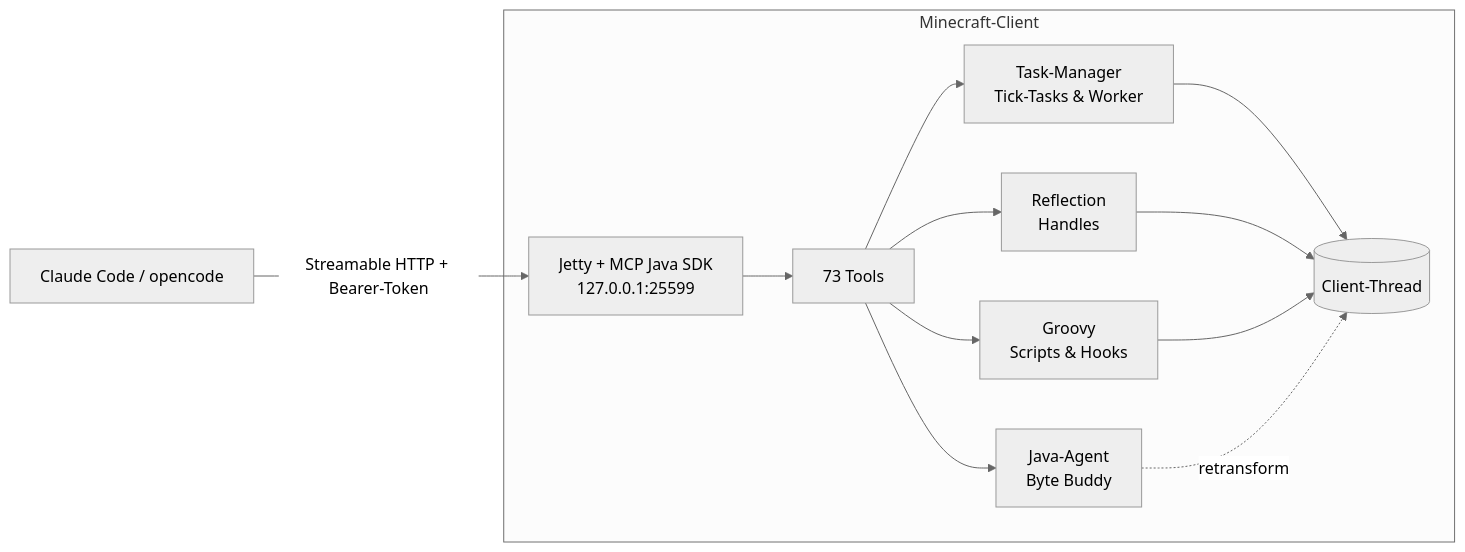
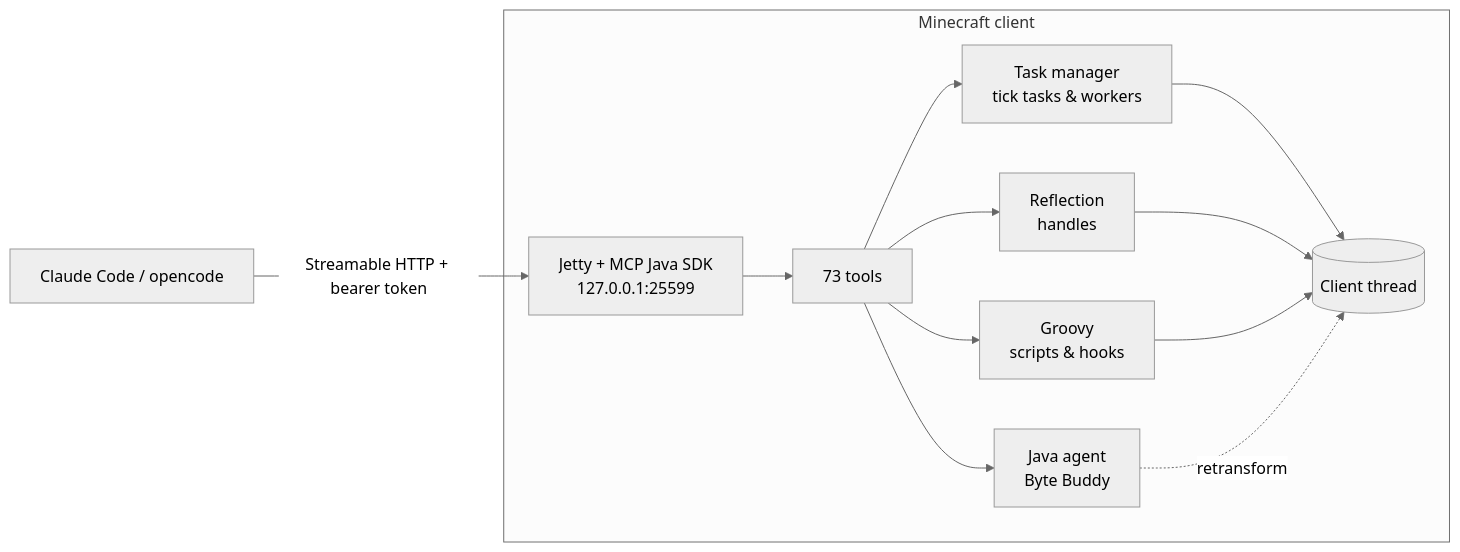
The diagram in README.md (Hemiize/mc-claude-mcp), drawn with Mermaid (neutral theme) before and after one commit. The commit also changed other lines of this file and 3 other files, not shown here.

````diff
--- a/README.md
+++ b/README.md
@@ -157,15 +157,15 @@
 ```mermaid
 flowchart LR
-    A[Claude Code / opencode] -- "Streamable HTTP + Bearer-Token" --> B["Jetty + MCP Java SDK<br/>127.0.0.1:25599"]
-    subgraph Minecraft-Client
-        B --> C[73 Tools]
-        C --> D[Task-Manager<br/>Tick-Tasks & Worker]
-        C --> E[Reflection<br/>Handles]
-        C --> F[Groovy<br/>Scripts & Hooks]
-        C --> G[Java-Agent<br/>Byte Buddy]
-        D --> H[(Client-Thread)]
+    A[Claude Code / opencode] -- "Streamable HTTP + bearer token" --> B["Jetty + MCP Java SDK<br/>127.0.0.1:25599"]
+    subgraph Minecraft client
+        B --> C[73 tools]
+        C --> D[Task manager<br/>tick tasks & workers]
+        C --> E[Reflection<br/>handles]
+        C --> F[Groovy<br/>scripts & hooks]
+        C --> G[Java agent<br/>Byte Buddy]
+        D --> H[(Client thread)]
         E --> H
         F --> H
         G -.retransform.-> H
     end
 ```
````
